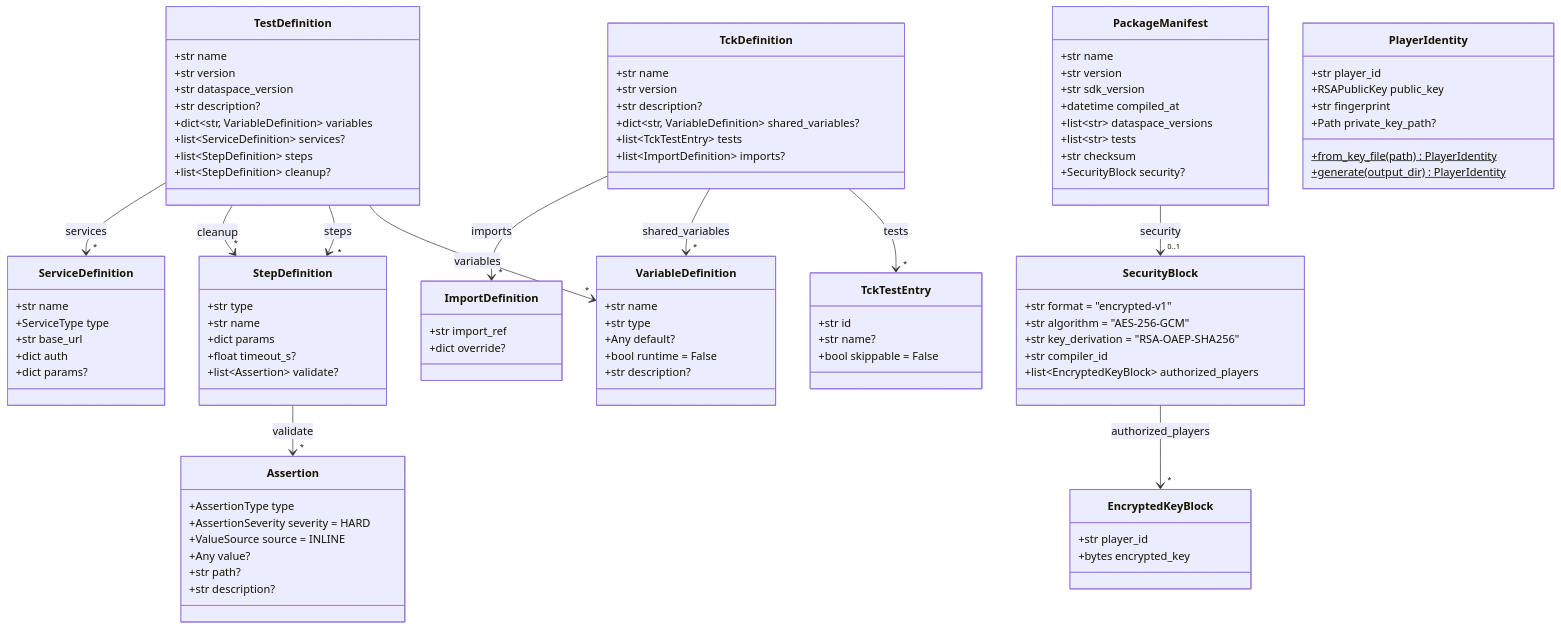
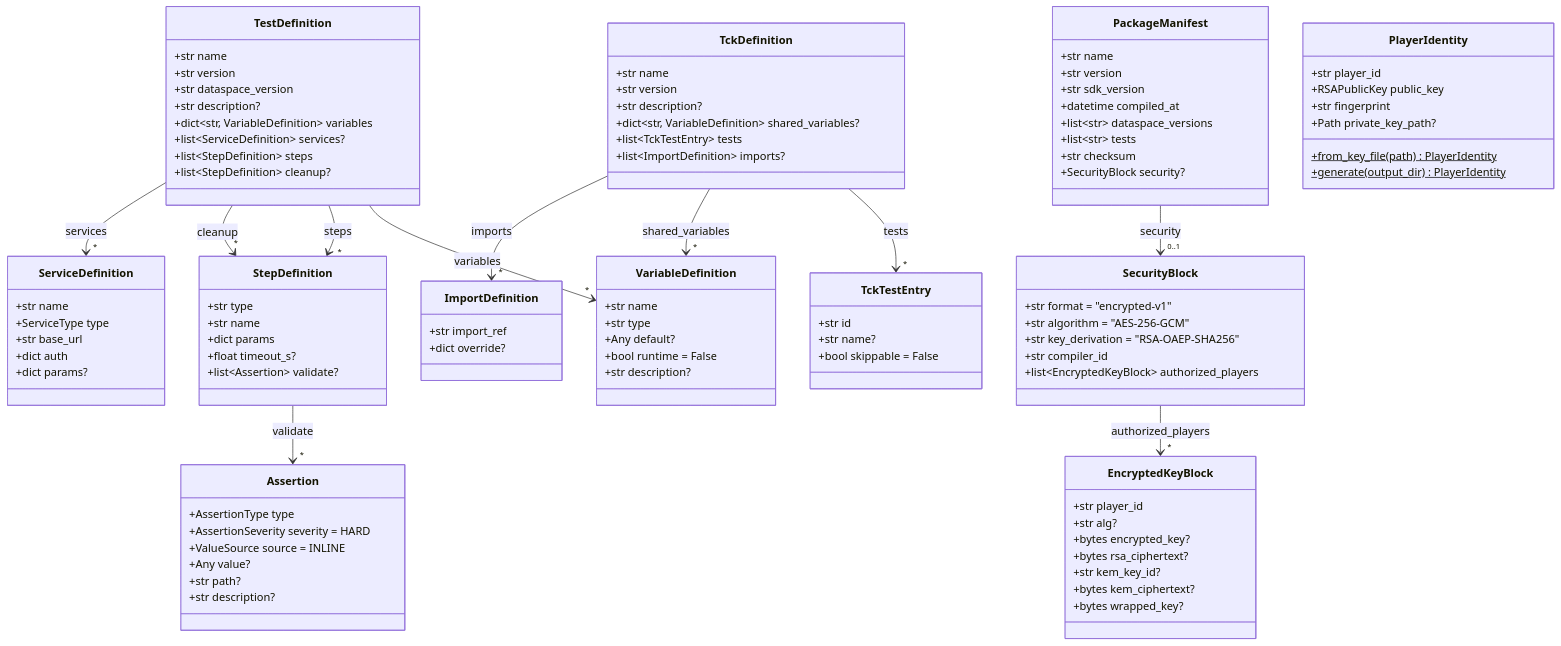
The first of 8 diagrams in docs/specification/specification/data-models.md (eclipse-tractusx/tractusx-testlab), drawn with Mermaid before and after one commit. The commit also changed other lines of this file and 32 other files, not shown here.

```diff
--- a/docs/specification/specification/data-models.md
+++ b/docs/specification/specification/data-models.md
@@ -128,7 +128,12 @@
 
     class EncryptedKeyBlock {
         +str player_id
-        +bytes encrypted_key
+        +str alg?
+        +bytes encrypted_key?
+        +bytes rsa_ciphertext?
+        +str kem_key_id?
+        +bytes kem_ciphertext?
+        +bytes wrapped_key?
     }
 
     class SecurityBlock {
```
